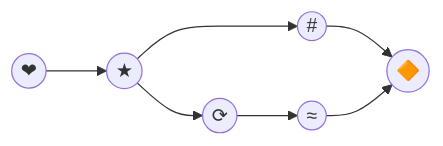
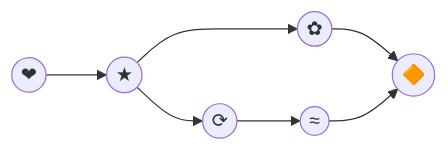
One commit to GreatBahram/5-minute-git changed the third of 4 diagrams in notes/27-git-merge.md. Above: the diagram before and after it, drawn with Mermaid. The commit also changed other lines of this file, not shown here.

````diff
--- a/notes/27-git-merge.md
+++ b/notes/27-git-merge.md
@@ -31,9 +31,9 @@
 ```mermaid
 graph LR;
     A((❤)) --> B((★));
-    B --> C((#));
+    B --> C((✿));
     B --> D((⟳));
     D --> E((≈));
     C --> F((🔶));
     E --> F((🔶));
 ```
````
